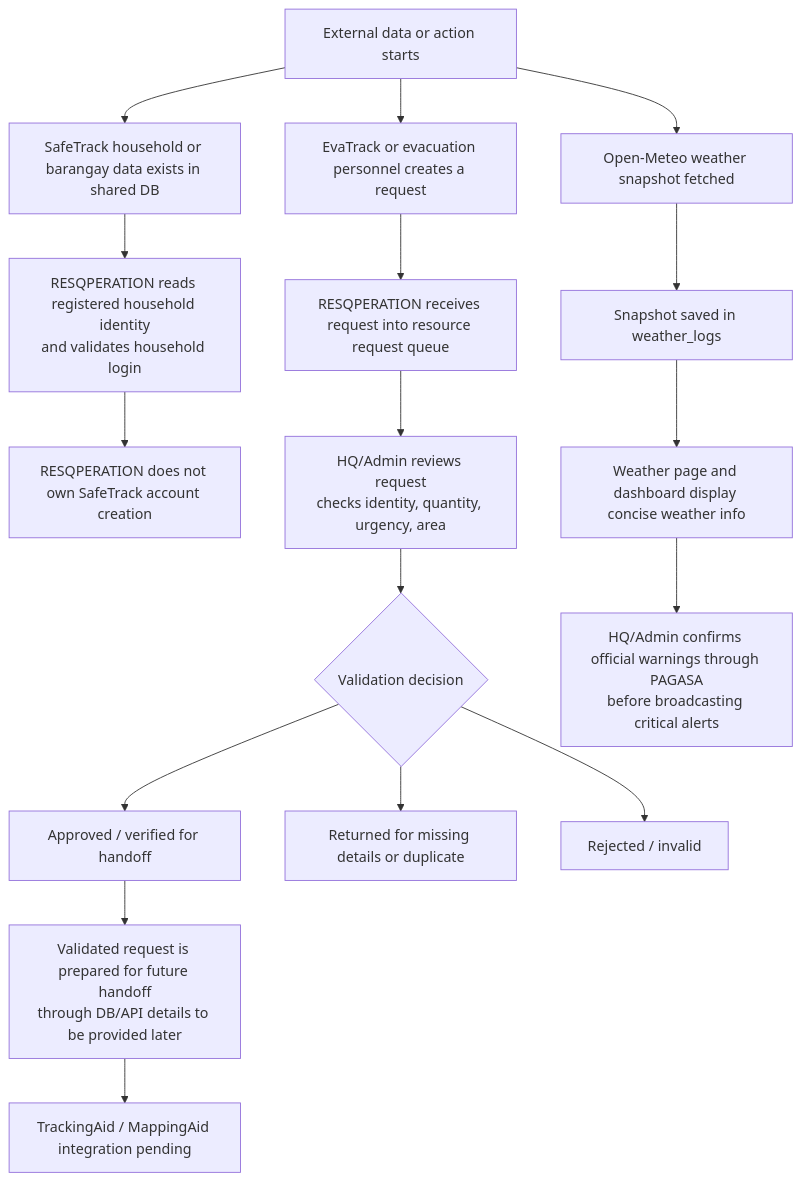
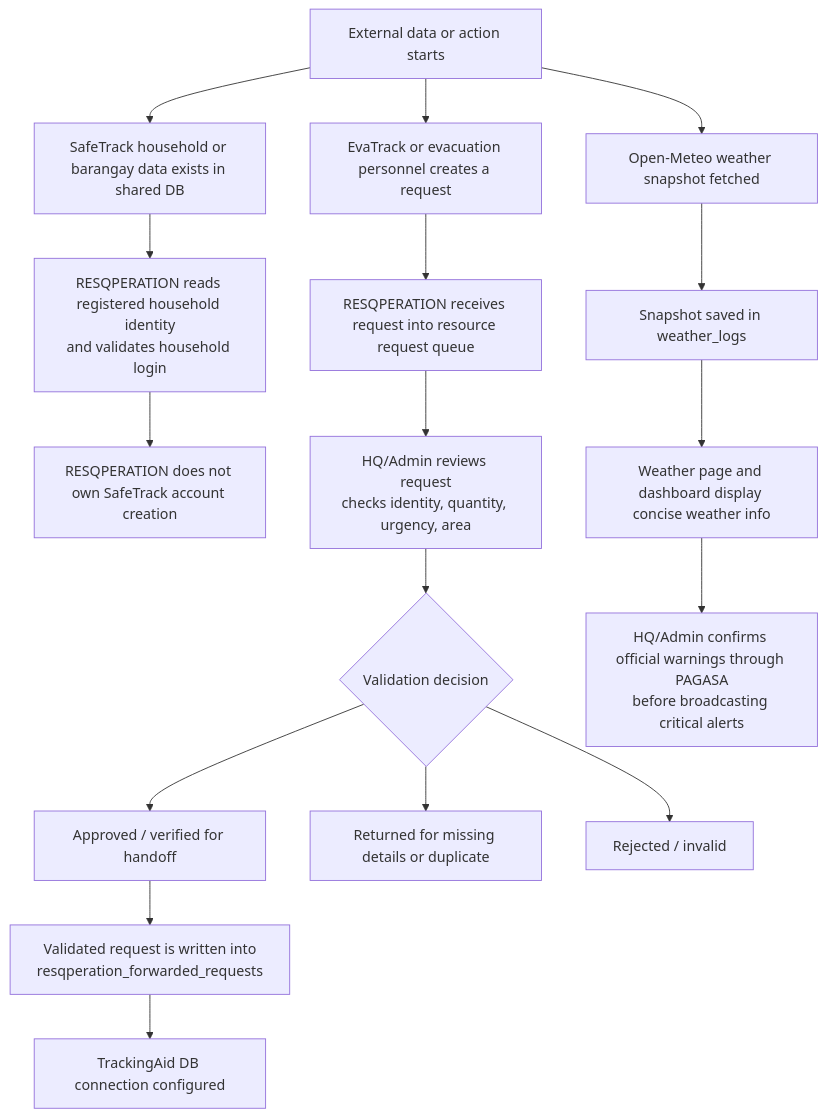
Before and after one commit to pyunpyunn/G10-CAPSTONE: the second of 3 diagrams in docs/diagrams/01_system_context_and_external_integrations.md, drawn with Mermaid. The commit also changed other lines of this file and 85 other files, not shown here.

````diff
--- a/docs/diagrams/01_system_context_and_external_integrations.md
+++ b/docs/diagrams/01_system_context_and_external_integrations.md
@@ -70,31 +70,31 @@
 ```mermaid
 flowchart TD
   Start["External data or action starts"]
 
   SafeTrackSource["SafeTrack household or barangay data exists in shared DB"]
   SafeTrackUse["RESQPERATION reads registered household identity\nand validates household login"]
   SafeTrackNoTouch["RESQPERATION does not own SafeTrack account creation"]
 
   EvaTrackSource["EvaTrack or evacuation personnel creates a request"]
   RequestIntake["RESQPERATION receives request into resource request queue"]
   HQReview["HQ/Admin reviews request\nchecks identity, quantity, urgency, area"]
   Decision{"Validation decision"}
   Approved["Approved / verified for handoff"]
   Returned["Returned for missing details or duplicate"]
   Rejected["Rejected / invalid"]
 
-  TrackingPending["TrackingAid / MappingAid integration pending"]
-  HandoffDraft["Validated request is prepared for future handoff\nthrough DB/API details to be provided later"]
+  TrackingReady["TrackingAid DB connection configured"]
+  HandoffDraft["Validated request is written into\nresqperation_forwarded_requests"]
 
   WeatherSource["Open-Meteo weather snapshot fetched"]
   WeatherSaved["Snapshot saved in weather_logs"]
   WeatherShown["Weather page and dashboard display concise weather info"]
   PagasaConfirm["HQ/Admin confirms official warnings through PAGASA\nbefore broadcasting critical alerts"]
 
   Start --> SafeTrackSource --> SafeTrackUse --> SafeTrackNoTouch
   Start --> EvaTrackSource --> RequestIntake --> HQReview --> Decision
-  Decision --> Approved --> HandoffDraft --> TrackingPending
+  Decision --> Approved --> HandoffDraft --> TrackingReady
   Decision --> Returned
   Decision --> Rejected
   Start --> WeatherSource --> WeatherSaved --> WeatherShown --> PagasaConfirm
 ```
````
